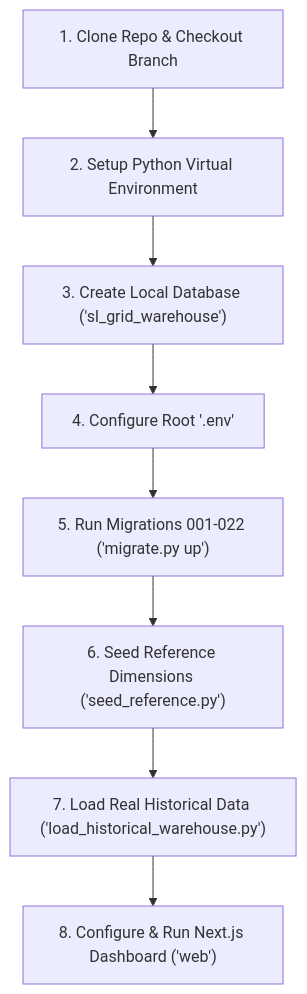
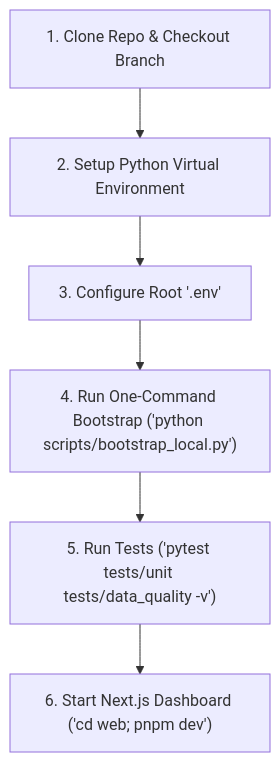
The diagram in docs/database/local-native-postgresql-setup-guide.md (HajithMohamed/LankaGrid-Analytics), drawn with Mermaid before and after one commit. The commit also changed other lines of this file and 4 other files, not shown here.

Commit message:
feat(setup): implement one-command local native postgresql bootstrap with automated verification

````diff
--- a/docs/database/local-native-postgresql-setup-guide.md
+++ b/docs/database/local-native-postgresql-setup-guide.md
@@ -29,10 +29,8 @@
 ```mermaid
 flowchart TD
     A["1. Clone Repo & Checkout Branch"] --> B["2. Setup Python Virtual Environment"]
-    B --> C["3. Create Local Database ('sl_grid_warehouse')"]
-    C --> D["4. Configure Root '.env'"]
-    D --> E["5. Run Migrations 001-022 ('migrate.py up')"]
-    E --> F["6. Seed Reference Dimensions ('seed_reference.py')"]
-    F --> G["7. Load Real Historical Data ('load_historical_warehouse.py')"]
-    G --> H["8. Configure & Run Next.js Dashboard ('web')"]
+    B --> C["3. Configure Root '.env'"]
+    C --> D["4. Run One-Command Bootstrap ('python scripts/bootstrap_local.py')"]
+    D --> E["5. Run Tests ('pytest tests/unit tests/data_quality -v')"]
+    E --> F["6. Start Next.js Dashboard ('cd web; pnpm dev')"]
 ```
````
